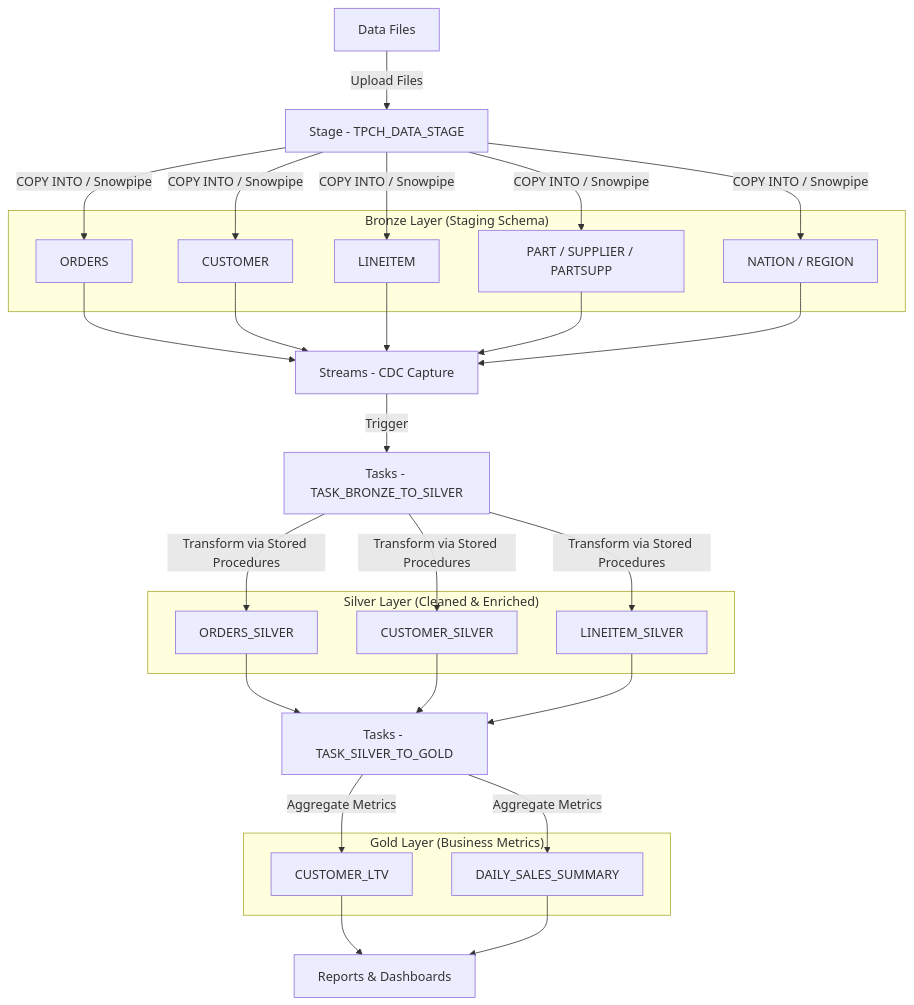
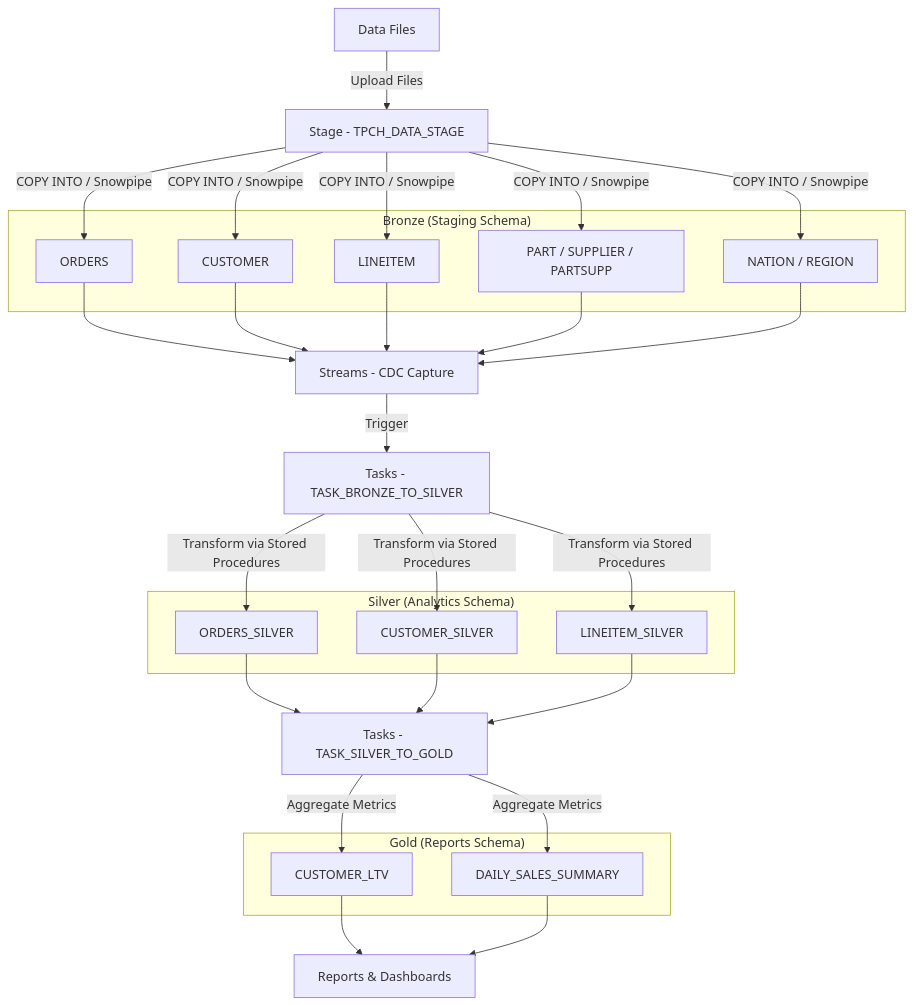
The diagram in README.md (thuuyen109/snowflake-tpch-analytics), drawn with Mermaid before and after one commit.

Commit message:
update mermaid

````diff
--- a/README.md
+++ b/README.md
@@ -34,61 +34,61 @@
 ```mermaid
 flowchart TD
     A["Data Files"]
     B["Stage - TPCH_DATA_STAGE"]
 
-    subgraph BRONZE["Bronze Layer (Staging Schema)"]
+    subgraph BRONZE["Bronze (Staging Schema)"]
         B1["ORDERS"]
         B2["CUSTOMER"]
         B3["LINEITEM"]
         B4["PART / SUPPLIER / PARTSUPP"]
         B5["NATION / REGION"]
     end
 
     C["Streams - CDC Capture"]
     D["Tasks - TASK_BRONZE_TO_SILVER"]
 
-    subgraph SILVER["Silver Layer (Cleaned & Enriched)"]
+    subgraph SILVER["Silver (Analytics Schema)"]
         S1["ORDERS_SILVER"]
         S2["CUSTOMER_SILVER"]
         S3["LINEITEM_SILVER"]
     end
 
     E["Tasks - TASK_SILVER_TO_GOLD"]
 
-    subgraph GOLD["Gold Layer (Business Metrics)"]
+    subgraph GOLD["Gold (Reports Schema)"]
         G1["CUSTOMER_LTV"]
         G2["DAILY_SALES_SUMMARY"]
     end
 
     F["Reports & Dashboards"]
 
     A -->|Upload Files| B
     B -->|COPY INTO / Snowpipe| B1
     B -->|COPY INTO / Snowpipe| B2
     B -->|COPY INTO / Snowpipe| B3
     B -->|COPY INTO / Snowpipe| B4
     B -->|COPY INTO / Snowpipe| B5
 
     B1 --> C
     B2 --> C
     B3 --> C
     B4 --> C
     B5 --> C
 
     C -->|Trigger| D
     D -->|Transform via Stored Procedures| S1
     D -->|Transform via Stored Procedures| S2
     D -->|Transform via Stored Procedures| S3
 
     S1 --> E
     S2 --> E
     S3 --> E
 
     E -->|Aggregate Metrics| G1
     E -->|Aggregate Metrics| G2
 
     G1 --> F
     G2 --> F
 
 
 ```
````
